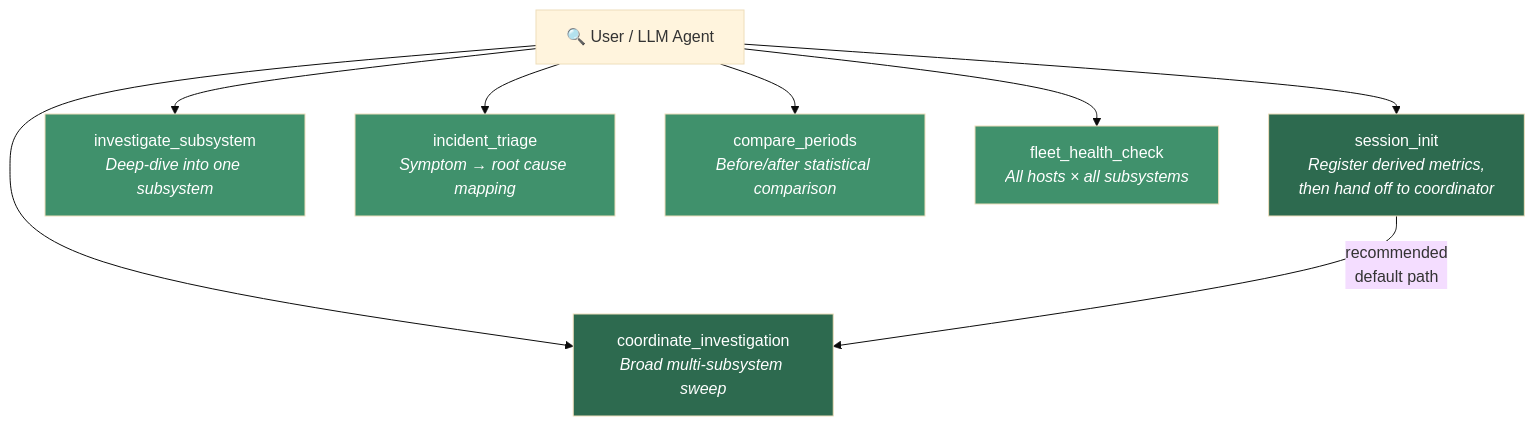
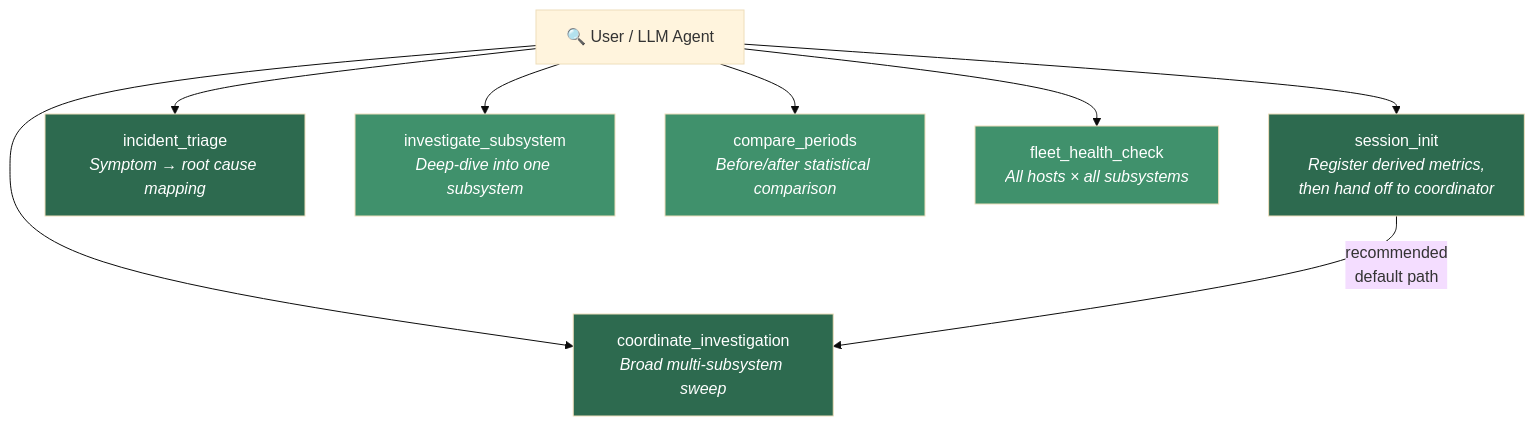
Before and after one commit to tallpsmith/pmmcp: the first of 3 diagrams in docs/investigation-flow.md, drawn with Mermaid (base theme). The commit also changed other lines of this file, not shown here.

First line of the commit message:
docs: apply PR review — tier segmentation, firm up parallel language, simplify diagram

````diff
--- a/docs/investigation-flow.md
+++ b/docs/investigation-flow.md
@@ -15,18 +19,18 @@
 ```mermaid
 flowchart TD
     U["🔍 User / LLM Agent"] --> SI["session_init\n<i>Register derived metrics,\nthen hand off to coordinator</i>"]
     U --> CI["coordinate_investigation\n<i>Broad multi-subsystem sweep</i>"]
+    U --> IT["incident_triage\n<i>Symptom → root cause mapping</i>"]
     U --> IS["investigate_subsystem\n<i>Deep-dive into one subsystem</i>"]
-    U --> IT["incident_triage\n<i>Symptom → root cause mapping</i>"]
     U --> CP["compare_periods\n<i>Before/after statistical comparison</i>"]
     U --> FH["fleet_health_check\n<i>All hosts × all subsystems</i>"]
 
     SI -->|"recommended\ndefault path"| CI
 
     style SI fill:#2d6a4f,color:#fff
     style CI fill:#2d6a4f,color:#fff
+    style IT fill:#2d6a4f,color:#fff
     style IS fill:#40916c,color:#fff
-    style IT fill:#40916c,color:#fff
     style CP fill:#40916c,color:#fff
     style FH fill:#40916c,color:#fff
 ```
````
